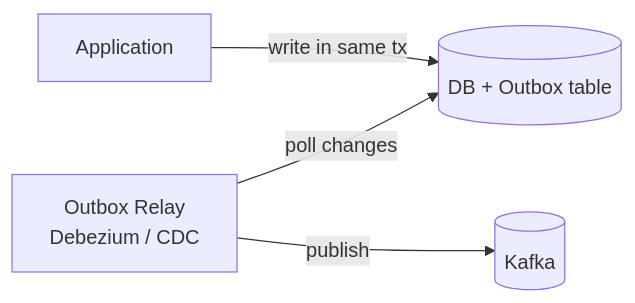
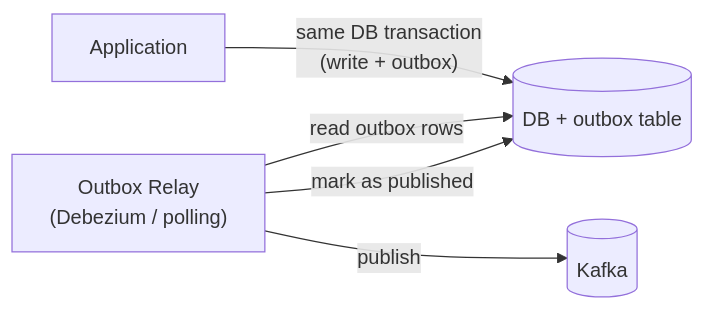
Before and after one commit to jether2011/interview-questions: the fourth of 6 diagrams in messaging-event-driven.md, drawn with Mermaid. The commit also changed other lines of this file and 13 other files, not shown here.

````diff
--- a/messaging-event-driven.md
+++ b/messaging-event-driven.md
@@ -155,6 +304,7 @@
 ```mermaid
 flowchart LR
-    App[Application] -->|write in same tx| DB[(DB + Outbox table)]
-    Relay[Outbox Relay\nDebezium / CDC] -->|poll changes| DB
-    Relay -->|publish| Broker[(Kafka)]
+    App[Application] -->|"same DB transaction\n(write + outbox)"| DB[(DB + outbox table)]
+    Relay["Outbox Relay\n(Debezium / polling)"] -->|read outbox rows| DB
+    Relay -->|publish| Kafka[(Kafka)]
+    Relay -->|mark as published| DB
 ```
````
